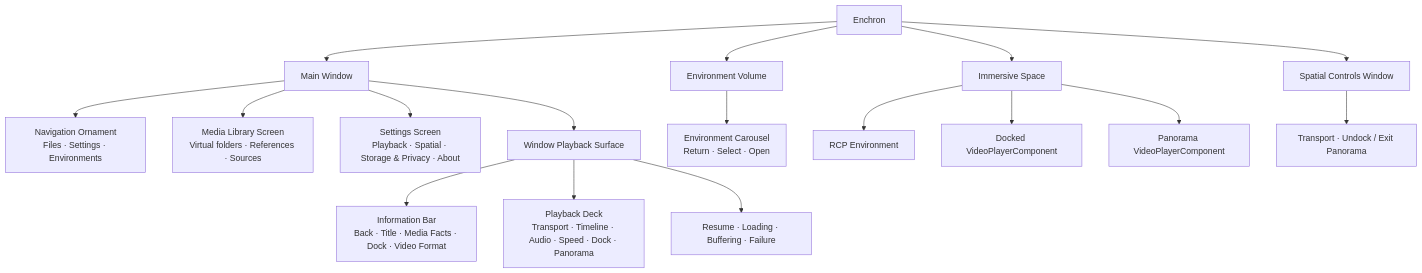
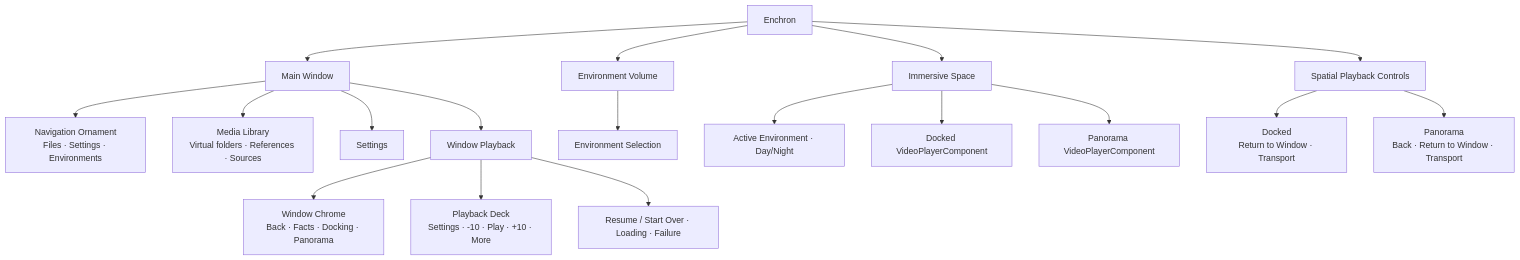
The first of 2 diagrams in docs/ui/README.md (1873663116/Enchron), drawn with Mermaid before and after one commit. The commit also changed other lines of this file and 477 other files, not shown here.

First line of the commit message:
Build organic product architecture (#31)

````diff
--- a/docs/ui/README.md
+++ b/docs/ui/README.md
@@ -5,22 +5,23 @@
 ```mermaid
 flowchart TD
     App["Enchron"] --> Main["Main Window"]
     App --> Volume["Environment Volume"]
     App --> Space["Immersive Space"]
-    App --> Controls["Spatial Controls Window"]
+    App --> Controls["Spatial Playback Controls"]
 
     Main --> Nav["Navigation Ornament\nFiles · Settings · Environments"]
-    Main --> Files["Media Library Screen\nVirtual folders · References · Sources"]
-    Main --> Settings["Settings Screen\nPlayback · Spatial · Storage & Privacy · About"]
-    Main --> WindowPlayback["Window Playback Surface"]
+    Main --> Files["Media Library\nVirtual folders · References · Sources"]
+    Main --> Settings["Settings"]
+    Main --> WindowPlayback["Window Playback"]
 
-    WindowPlayback --> Top["Information Bar\nBack · Title · Media Facts · Dock · Video Format"]
-    WindowPlayback --> Deck["Playback Deck\nTransport · Timeline · Audio · Speed · Dock · Panorama"]
-    WindowPlayback --> Overlay["Resume · Loading · Buffering · Failure"]
+    WindowPlayback --> Top["Window Chrome\nBack · Facts · Docking · Panorama"]
+    WindowPlayback --> Deck["Playback Deck\nSettings · -10 · Play · +10 · More"]
+    WindowPlayback --> Overlay["Resume / Start Over · Loading · Failure"]
 
-    Volume --> Carousel["Environment Carousel\nReturn · Select · Open"]
-    Space --> Environment["RCP Environment"]
+    Volume --> Carousel["Environment Selection"]
+    Space --> Environment["Active Environment · Day/Night"]
     Space --> Docked["Docked VideoPlayerComponent"]
     Space --> Panorama["Panorama VideoPlayerComponent"]
-    Controls --> SpatialDeck["Transport · Undock / Exit Panorama"]
+    Controls --> DockedDeck["Docked\nReturn to Window · Transport"]
+    Controls --> PanoramaDeck["Panorama\nBack · Return to Window · Transport"]
 ```
````
